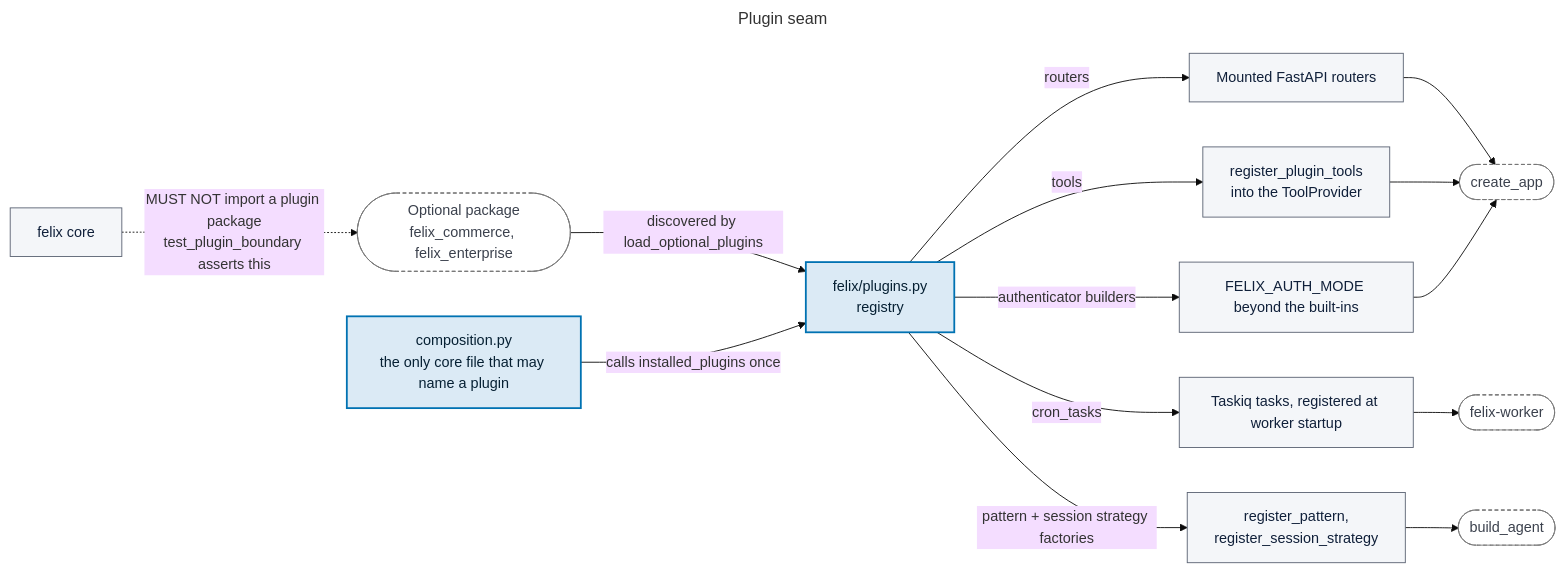
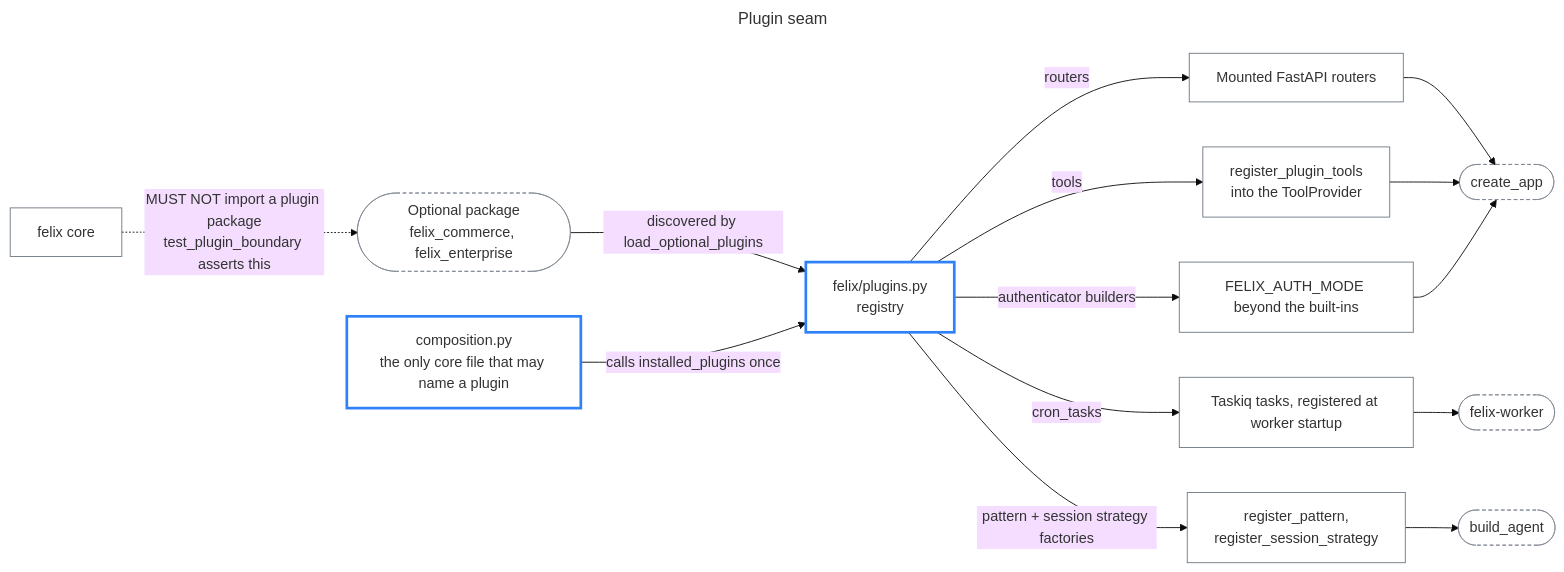
Before and after one commit to felix-run/felix: the diagram in docs/diagrams/plugin-seam.mmd, drawn with Mermaid (base theme). The commit also changed 11 other files, not shown here.

```diff
--- a/docs/diagrams/plugin-seam.mmd
+++ b/docs/diagrams/plugin-seam.mmd
@@ -1,35 +1,35 @@
 ---
 title: Plugin seam
 ---
 %% Source of truth: packages/harness/src/felix/plugins.py and
 %% apps/api/src/felix_api/composition.py. tests/unit/test_plugin_boundary.py fails
 %% the build if core imports a plugin package by name.
 flowchart LR
     accTitle: How an optional feature attaches without core knowing its name
     accDescr: composition.py is the only file in core allowed to name plugins, and it names them exactly once, through installed_plugins. Everything else goes through the registry: a plugin package registers routes, tools, authenticators, cron tasks, rate-limit keys and session strategies at import time, discovered either by explicit registration or by a felix.plugins entry point. A test asserts core never imports felix_commerce or felix_enterprise, which is what keeps the lean default install genuinely lean — heavy dependencies live behind extras and are imported inside the function that needs them, never at module scope.
 
     pkg([Optional package<br/>felix_commerce, felix_enterprise]) -->|"discovered by load_optional_plugins"| reg["felix/plugins.py<br/>registry"]
 
     reg -->|"routers"| routes["Mounted FastAPI routers"]
     reg -->|"tools"| tools["register_plugin_tools<br/>into the ToolProvider"]
     reg -->|"authenticator builders"| authn["FELIX_AUTH_MODE beyond the built-ins"]
     reg -->|"cron_tasks"| cron["Taskiq tasks, registered at worker startup"]
     reg -->|"pattern + session strategy factories"| pat["register_pattern,<br/>register_session_strategy"]
 
     comp["composition.py<br/>the only core file that may name a plugin"] -->|"calls installed_plugins once"| reg
     routes --> app(["create_app"])
     tools --> app
     authn --> app
     cron --> wrk(["felix-worker"])
     pat --> build(["build_agent"])
 
     core["felix core"] -.->|"MUST NOT import a plugin package<br/>test_plugin_boundary asserts this"| pkg
 
     class reg focal
     class comp focal
     class pkg,app,wrk,build external
     class routes,tools,authn,cron,pat,core primary
 
-    classDef focal    fill:#dbeaf5,stroke:#0072B2,stroke-width:2px,color:#062033
-    classDef primary  fill:#f4f6f9,stroke:#5a6272,stroke-width:1px,color:#10203a
-    classDef external fill:#ffffff,stroke:#767676,stroke-width:1px,stroke-dasharray:4 3,color:#3b414d
+    classDef focal    fill:none,stroke:#2F81F7,stroke-width:3px
+    classDef primary  fill:none,stroke:#6e7781,stroke-width:1px
+    classDef external fill:none,stroke:#7d8590,stroke-width:1px,stroke-dasharray:4 3
```
